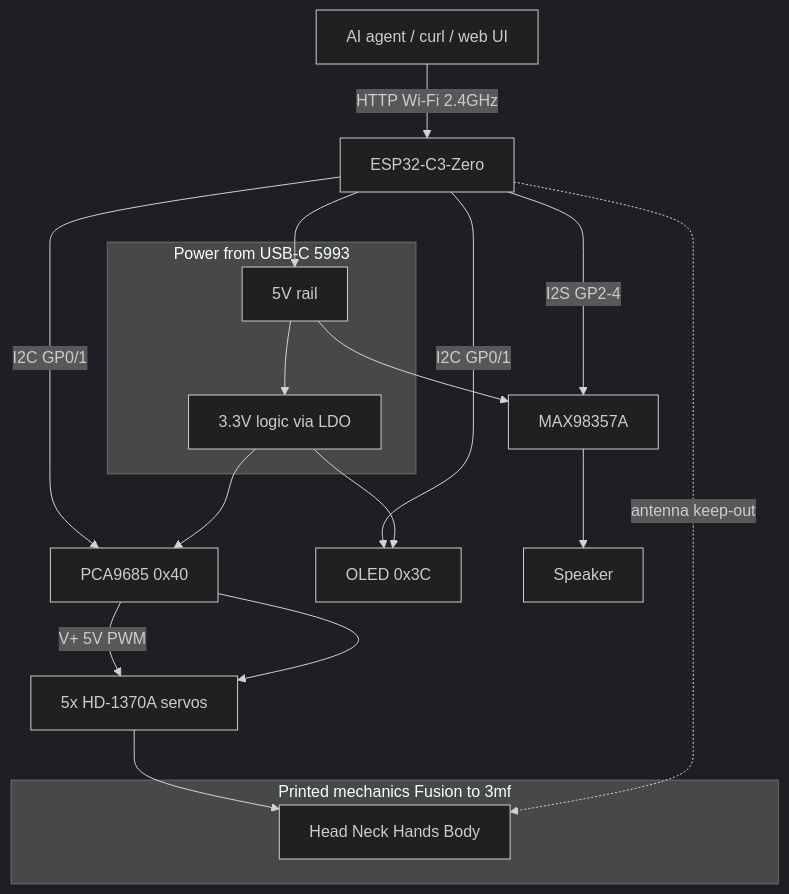
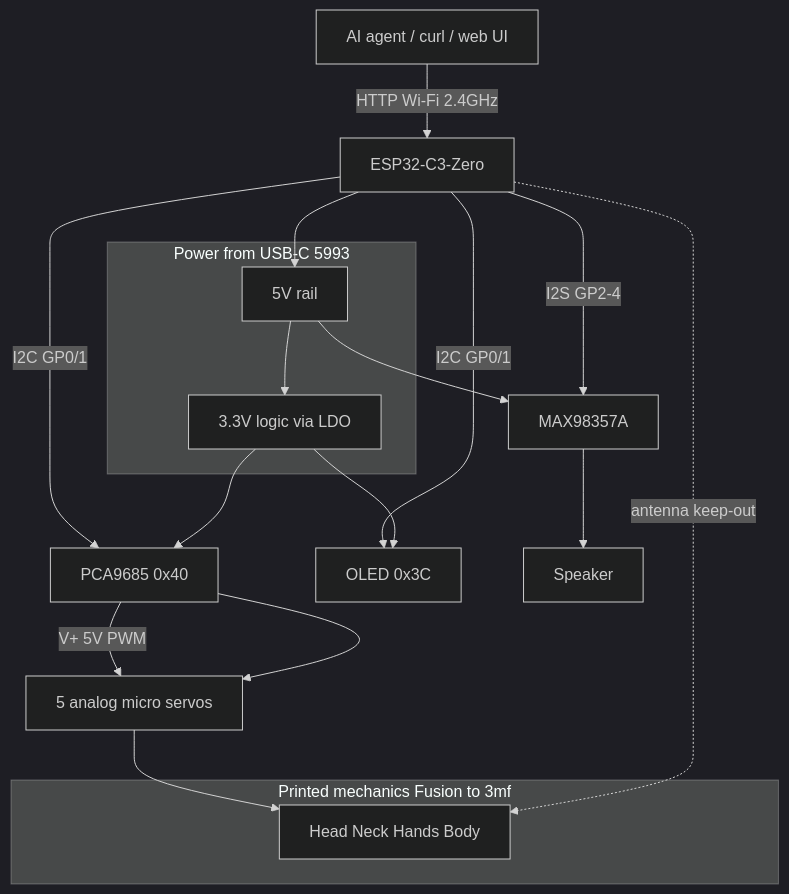
Before and after one commit to jamro/tiny-engineer: the second of 2 diagrams in docs/hardware-for-software-engineers/09-how-it-all-fits-together.md, drawn with Mermaid (dark theme). The commit also changed other lines of this file and 253 other files, not shown here.

````diff
--- a/docs/hardware-for-software-engineers/09-how-it-all-fits-together.md
+++ b/docs/hardware-for-software-engineers/09-how-it-all-fits-together.md
@@ -46,32 +46,32 @@
 ```mermaid
 flowchart TB
   Agent["AI agent / curl / web UI"]
   Agent -->|HTTP Wi-Fi 2.4GHz| ESP["ESP32-C3-Zero"]
 
   subgraph power [Power from USB-C 5993]
     V5[5V rail]
     V33[3.3V logic via LDO]
   end
 
   ESP --> V5
   V5 --> V33
 
   ESP -->|I2C GP0/1| PCA["PCA9685 0x40"]
   ESP -->|I2C GP0/1| OLED["OLED 0x3C"]
   ESP -->|I2S GP2-4| AMP["MAX98357A"]
   AMP --> SPK[Speaker]
 
   V33 --> PCA
   V33 --> OLED
   V5 --> AMP
-  PCA -->|V+ 5V PWM| SRV["5x HD-1370A servos"]
+  PCA -->|V+ 5V PWM| SRV["5 analog micro servos"]
 
   PCA --> SRV
 
   subgraph mech [Printed mechanics Fusion to 3mf]
     BODY[Head Neck Hands Body]
   end
 
   SRV --> BODY
   ESP -.->|antenna keep-out| BODY
 ```
````
